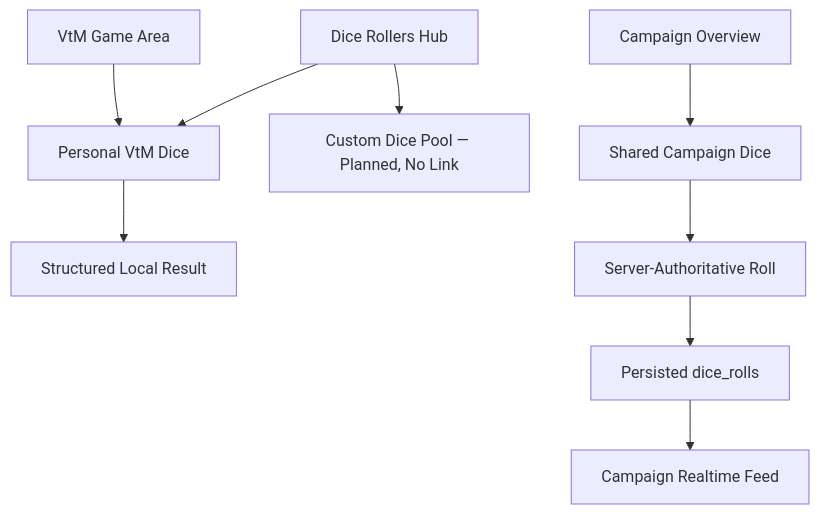
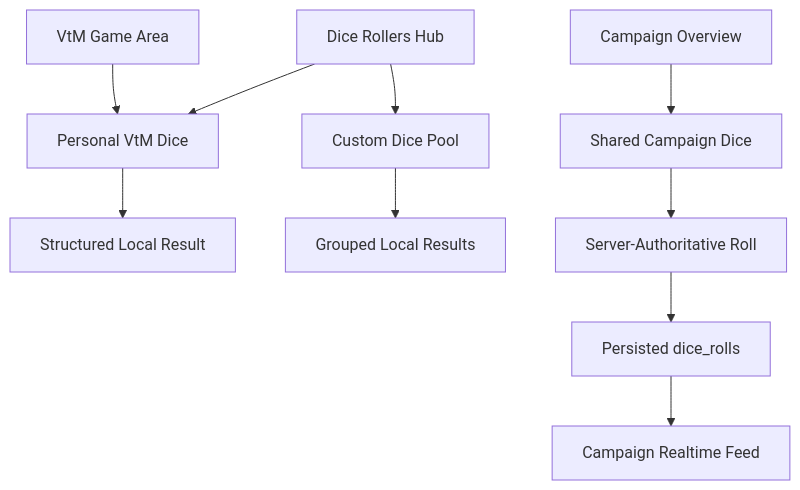
Before and after one commit to Andrey-0101/ttrpg-website: the fourth of 6 diagrams in docs/product/SITE_MAP.md, drawn with Mermaid. The commit also changed other lines of this file and 12 other files, not shown here.

Commit message:
feat: add public custom dice pool

````diff
--- a/docs/product/SITE_MAP.md
+++ b/docs/product/SITE_MAP.md
@@ -120,13 +122,14 @@
 ```mermaid
 flowchart TD
     HUB["Dice Rollers Hub"] --> PERSONAL_DICE["Personal VtM Dice"]
     VTM["VtM Game Area"] --> PERSONAL_DICE
-    HUB --> CUSTOM["Custom Dice Pool — Planned, No Link"]
+    HUB --> CUSTOM["Custom Dice Pool"]
     CAMPAIGN["Campaign Overview"] --> CAMPAIGN_DICE["Shared Campaign Dice"]
 
     PERSONAL_DICE --> LOCAL_RESULT["Structured Local Result"]
+    CUSTOM --> CUSTOM_RESULT["Grouped Local Results"]
 
     CAMPAIGN_DICE --> SERVER_ROLL["Server-Authoritative Roll"]
     SERVER_ROLL --> DATABASE["Persisted dice_rolls"]
     DATABASE --> REALTIME["Campaign Realtime Feed"]
 ```
````
